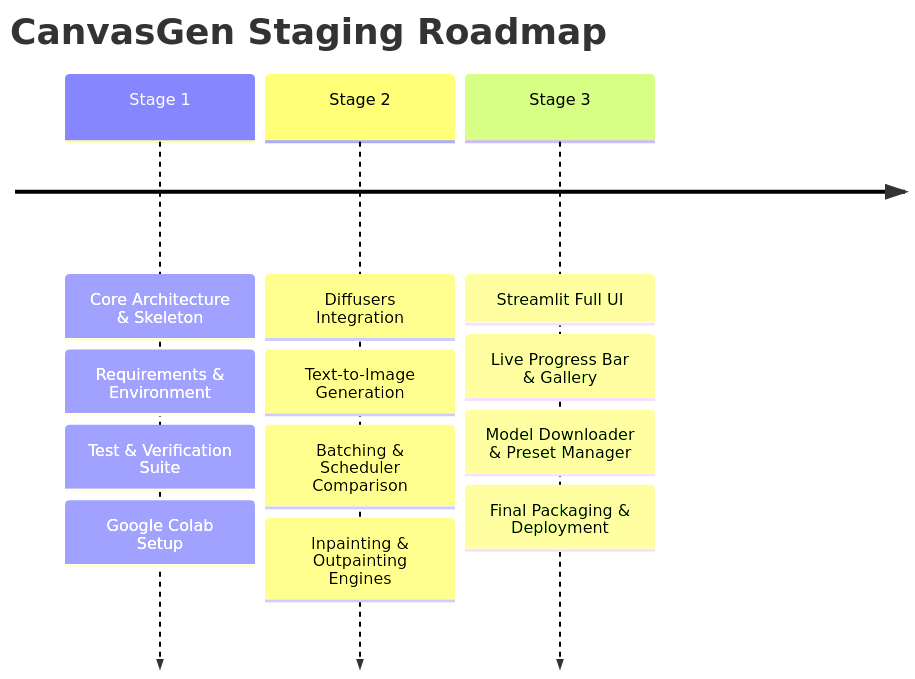
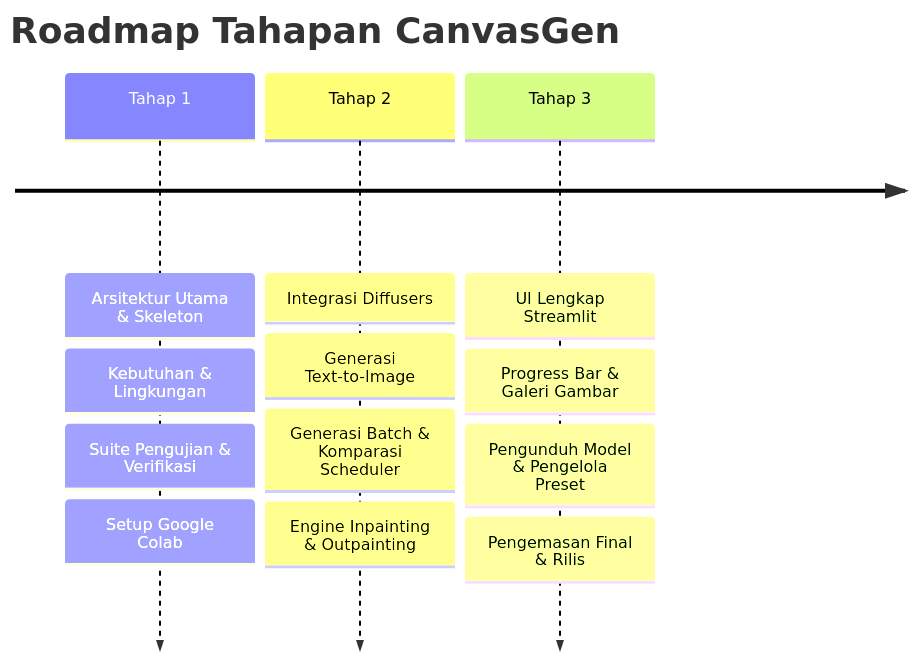
One commit to ImamAriadi2022/CanvasGen changed the diagram in docs/Workflow.md. Above: the diagram before and after it, drawn with Mermaid. The commit also changed other lines of this file and 9 other files, not shown here.

````diff
--- a/docs/Workflow.md
+++ b/docs/Workflow.md
@@ -31,7 +31,7 @@
 ```mermaid
 timeline
-    title CanvasGen Staging Roadmap
-    Stage 1 : Core Architecture & Skeleton : Requirements & Environment : Test & Verification Suite : Google Colab Setup
-    Stage 2 : Diffusers Integration : Text-to-Image Generation : Batching & Scheduler Comparison : Inpainting & Outpainting Engines
-    Stage 3 : Streamlit Full UI : Live Progress Bar & Gallery : Model Downloader & Preset Manager : Final Packaging & Deployment
+    title Roadmap Tahapan CanvasGen
+    Tahap 1 : Arsitektur Utama & Skeleton : Kebutuhan & Lingkungan : Suite Pengujian & Verifikasi : Setup Google Colab
+    Tahap 2 : Integrasi Diffusers : Generasi Text-to-Image : Generasi Batch & Komparasi Scheduler : Engine Inpainting & Outpainting
+    Tahap 3 : UI Lengkap Streamlit : Progress Bar & Galeri Gambar : Pengunduh Model & Pengelola Preset : Pengemasan Final & Rilis
 ```
````
